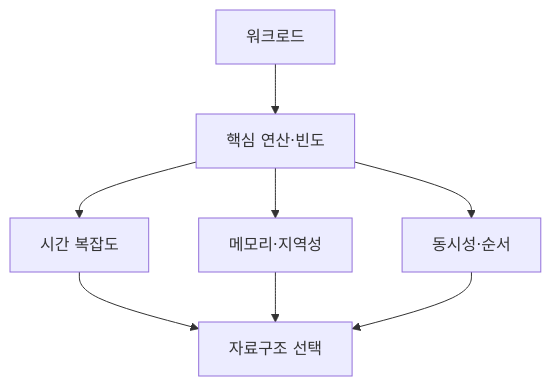
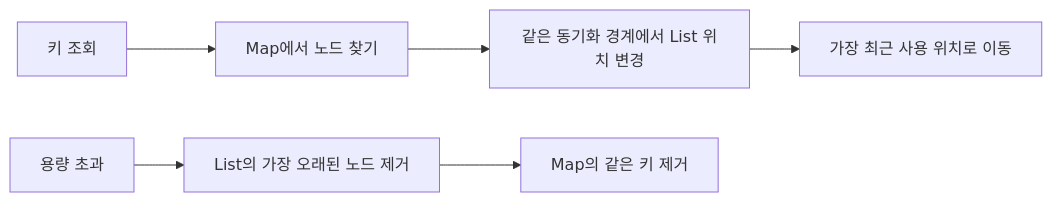
The diagram in apps/api/src/main/resources/content/cs-11-data-structures-interview.md (hyeongseoblim/systemdesign), drawn with Mermaid before and after one commit. The commit also changed other lines of this file and 96 other files, not shown here.

````diff
--- a/apps/api/src/main/resources/content/cs-11-data-structures-interview.md
+++ b/apps/api/src/main/resources/content/cs-11-data-structures-interview.md
@@ -24,10 +42,8 @@
 ```mermaid
-flowchart TD
-    W[워크로드] --> O[핵심 연산·빈도]
-    O --> C[시간 복잡도]
-    O --> M[메모리·지역성]
-    O --> X[동시성·순서]
-    C --> D[자료구조 선택]
-    M --> D
-    X --> D
+flowchart LR
+    A[키 조회] --> B[Map에서 노드 찾기]
+    B --> C[같은 동기화 경계에서 List 위치 변경]
+    C --> D[가장 최근 사용 위치로 이동]
+    E[용량 초과] --> F[List의 가장 오래된 노드 제거]
+    F --> G[Map의 같은 키 제거]
 ```
````
